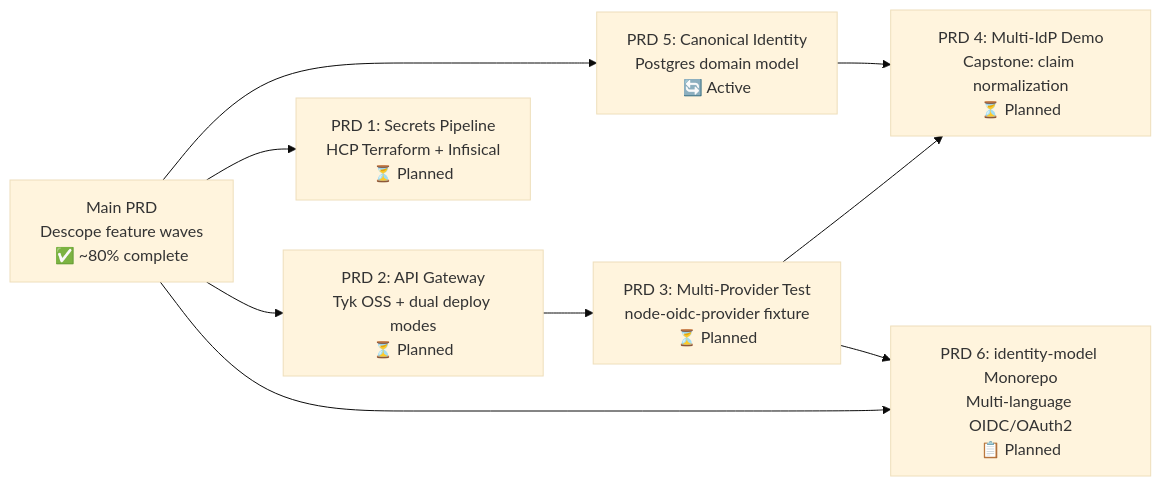
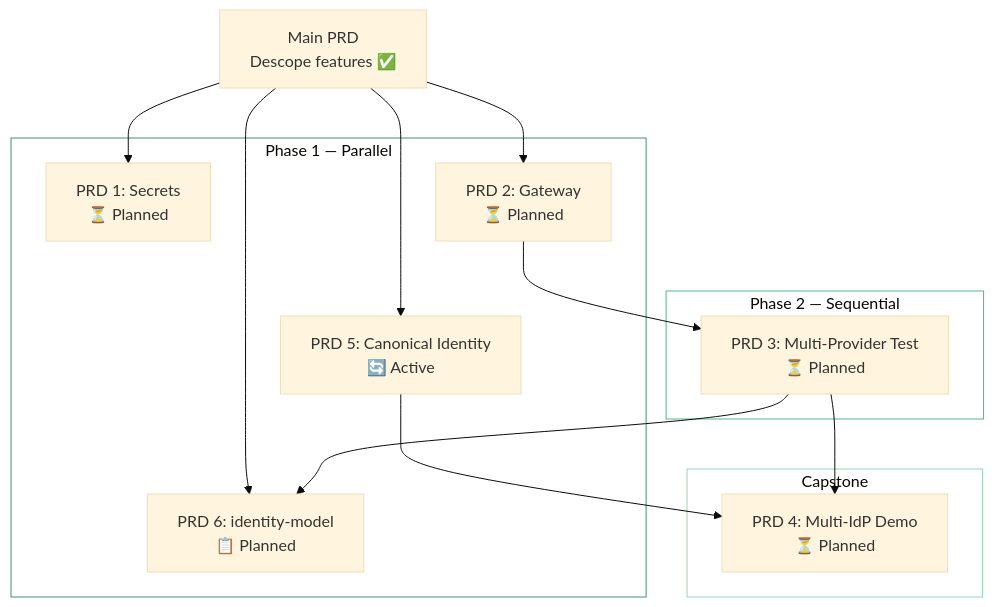
The second of 4 diagrams in README.md (jamescrowley321/identity-stack-planning), drawn with Mermaid (base theme) before and after one commit. The commit also changed other lines of this file and 4 other files, not shown here.

First line of the commit message:
docs: improve readability of all Mermaid diagrams

````diff
--- a/README.md
+++ b/README.md
@@ -120,19 +120,32 @@
 ```mermaid
-graph LR
-    MAIN["Main PRD<br/>Descope feature waves<br/>✅ ~80% complete"]
-    PRD1["PRD 1: Secrets Pipeline<br/>HCP Terraform + Infisical<br/>⏳ Planned"]
-    PRD2["PRD 2: API Gateway<br/>Tyk OSS + dual deploy modes<br/>⏳ Planned"]
-    PRD3["PRD 3: Multi-Provider Test<br/>node-oidc-provider fixture<br/>⏳ Planned"]
-    PRD4["PRD 4: Multi-IdP Demo<br/>Capstone: claim normalization<br/>⏳ Planned"]
-    PRD5["PRD 5: Canonical Identity<br/>Postgres domain model<br/>🔄 Active"]
-    PRD6["PRD 6: identity-model Monorepo<br/>Multi-language OIDC/OAuth2<br/>📋 Planned"]
+graph TD
+    MAIN["Main PRD<br/>Descope features ✅"]
 
-    MAIN --> PRD5
+    subgraph phase1["Phase 1 — Parallel"]
+        PRD1["PRD 1: Secrets<br/>⏳ Planned"]
+        PRD2["PRD 2: Gateway<br/>⏳ Planned"]
+        PRD5["PRD 5: Canonical Identity<br/>🔄 Active"]
+        PRD6["PRD 6: identity-model<br/>📋 Planned"]
+    end
+
+    subgraph phase2["Phase 2 — Sequential"]
+        PRD3["PRD 3: Multi-Provider Test<br/>⏳ Planned"]
+    end
+
+    subgraph capstone["Capstone"]
+        PRD4["PRD 4: Multi-IdP Demo<br/>⏳ Planned"]
+    end
+
     MAIN --> PRD1
     MAIN --> PRD2
+    MAIN --> PRD5
+    MAIN --> PRD6
     PRD2 --> PRD3
     PRD3 --> PRD4
     PRD5 --> PRD4
-    MAIN --> PRD6
     PRD3 --> PRD6
+
+    style phase1 fill:none,stroke:#40916c
+    style phase2 fill:none,stroke:#52b788
+    style capstone fill:none,stroke:#95d5b2
 ```
````
